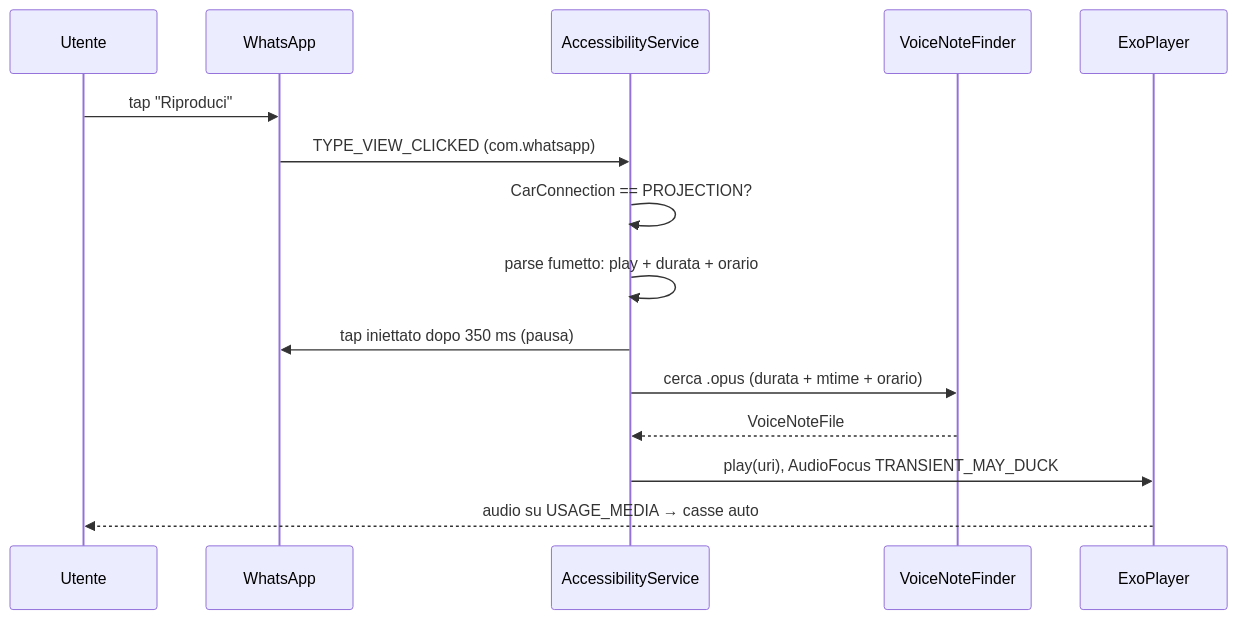
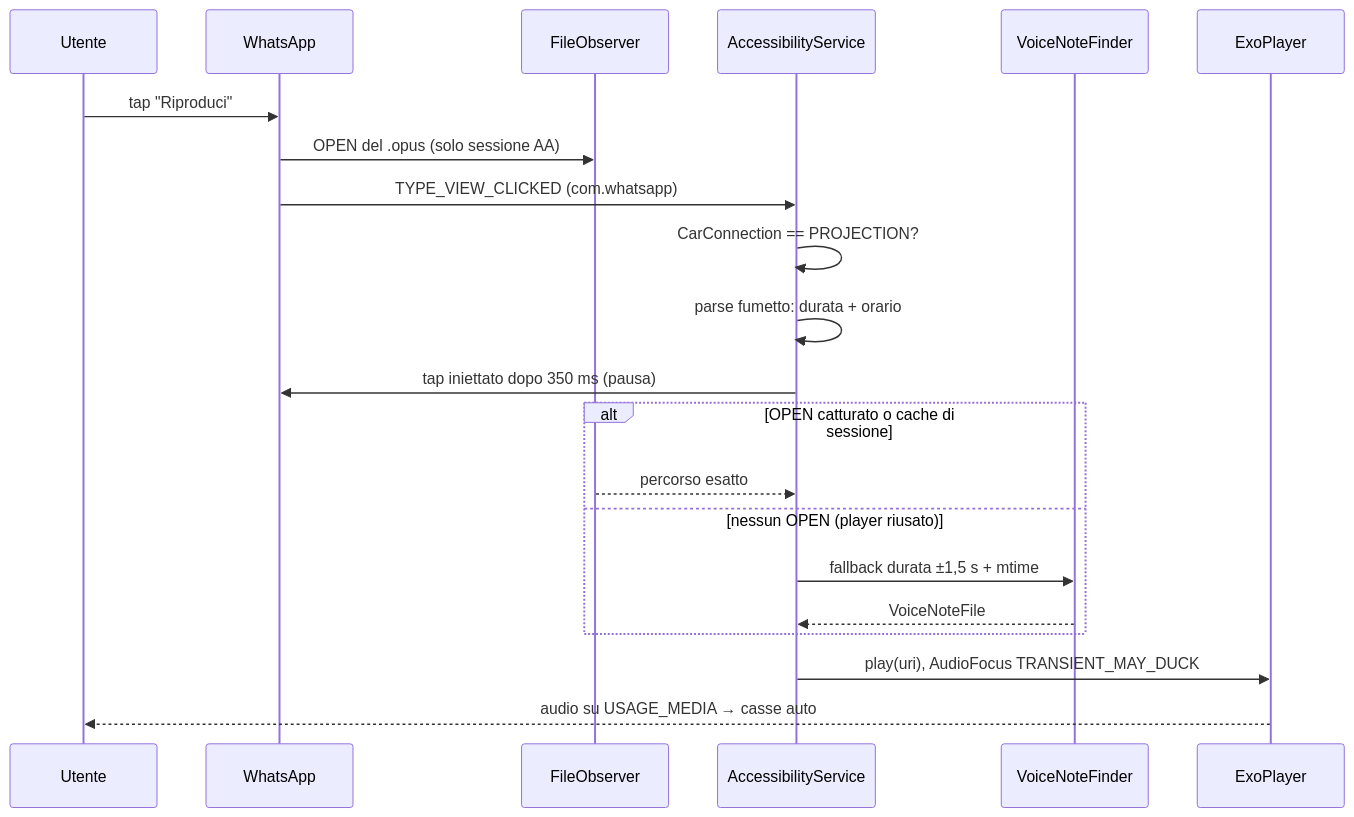
Before and after one commit to AngeloAscione/AAVoiceFix: the diagram in README.md, drawn with Mermaid. The commit also changed other lines of this file and 14 other files, not shown here.

Commit message:
feat: exact voice-note capture via AA-scoped FileObserver and real WhatsApp parser

````diff
--- a/README.md
+++ b/README.md
@@ -21,18 +21,24 @@
 ```mermaid
 sequenceDiagram
     participant U as Utente
     participant WA as WhatsApp
+    participant W as FileObserver
     participant S as AccessibilityService
     participant F as VoiceNoteFinder
     participant P as ExoPlayer
 
     U->>WA: tap "Riproduci"
+    WA->>W: OPEN del .opus (solo sessione AA)
     WA->>S: TYPE_VIEW_CLICKED (com.whatsapp)
     S->>S: CarConnection == PROJECTION?
-    S->>S: parse fumetto: play + durata + orario
+    S->>S: parse fumetto: durata + orario
     S->>WA: tap iniettato dopo 350 ms (pausa)
-    S->>F: cerca .opus (durata + mtime + orario)
-    F-->>S: VoiceNoteFile
+    alt OPEN catturato o cache di sessione
+        W-->>S: percorso esatto
+    else nessun OPEN (player riusato)
+        S->>F: fallback durata ±1,5 s + mtime
+        F-->>S: VoiceNoteFile
+    end
     S->>P: play(uri), AudioFocus TRANSIENT_MAY_DUCK
     P-->>U: audio su USAGE_MEDIA → casse auto
 ```
````
